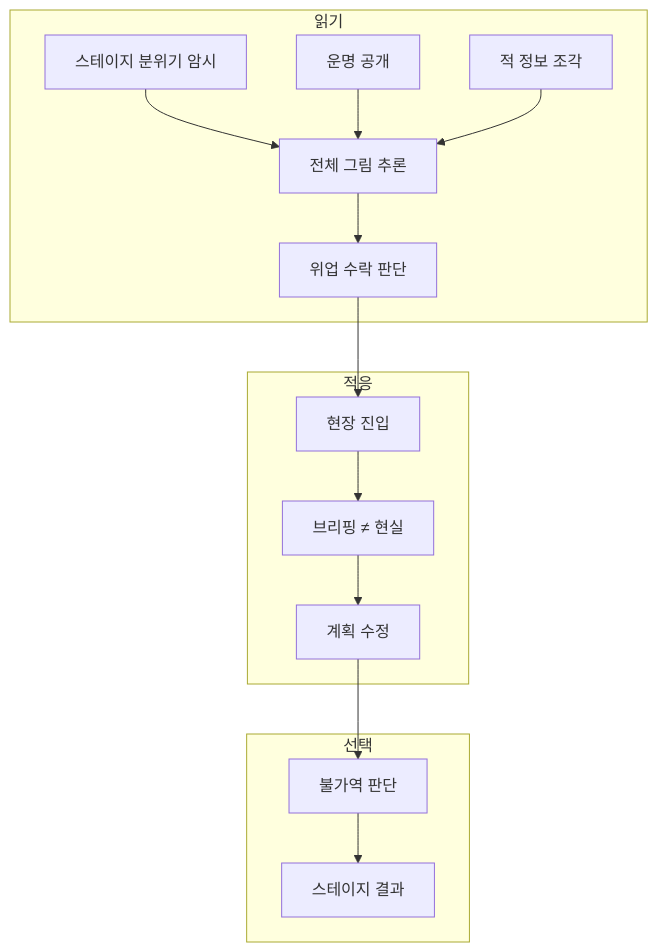
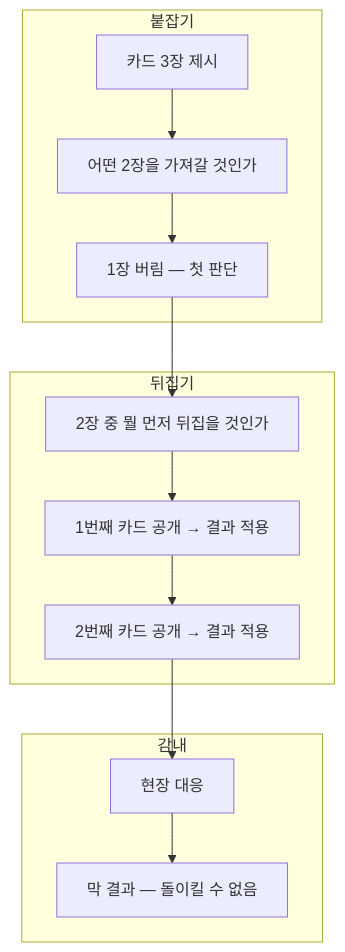
The second of 2 diagrams in 01_코어/핵심경험목표.md (roam1215-beep/Chronicle-wiki), drawn with Mermaid before and after one commit. The commit also changed other lines of this file and 6 other files, not shown here.

````diff
--- a/01_코어/핵심경험목표.md
+++ b/01_코어/핵심경험목표.md
@@ -58,18 +58,16 @@
 ```mermaid
 flowchart TD
-    subgraph 읽기
-        M["스테이지 분위기 암시"] --> I["전체 그림 추론"]
-        O["운명 공개"] --> I
-        E["적 정보 조각"] --> I
-        I --> S["위업 수락 판단"]
+    subgraph 붙잡기
+        M["카드 3장 제시"] --> I["어떤 2장을 가져갈 것인가"]
+        I --> S["1장 버림 — 첫 판단"]
     end
-    subgraph 적응
-        S --> R["현장 진입"]
-        R --> G["브리핑 ≠ 현실"]
-        G --> P["계획 수정"]
+    subgraph 뒤집기
+        S --> R["2장 중 뭘 먼저 뒤집을 것인가"]
+        R --> G["1번째 카드 공개 → 결과 적용"]
+        G --> P["2번째 카드 공개 → 결과 적용"]
     end
-    subgraph 선택
-        P --> C["불가역 판단"]
-        C --> RS["스테이지 결과"]
+    subgraph 감내
+        P --> C["현장 대응"]
+        C --> RS["막 결과 — 돌이킬 수 없음"]
     end
 ```
````
